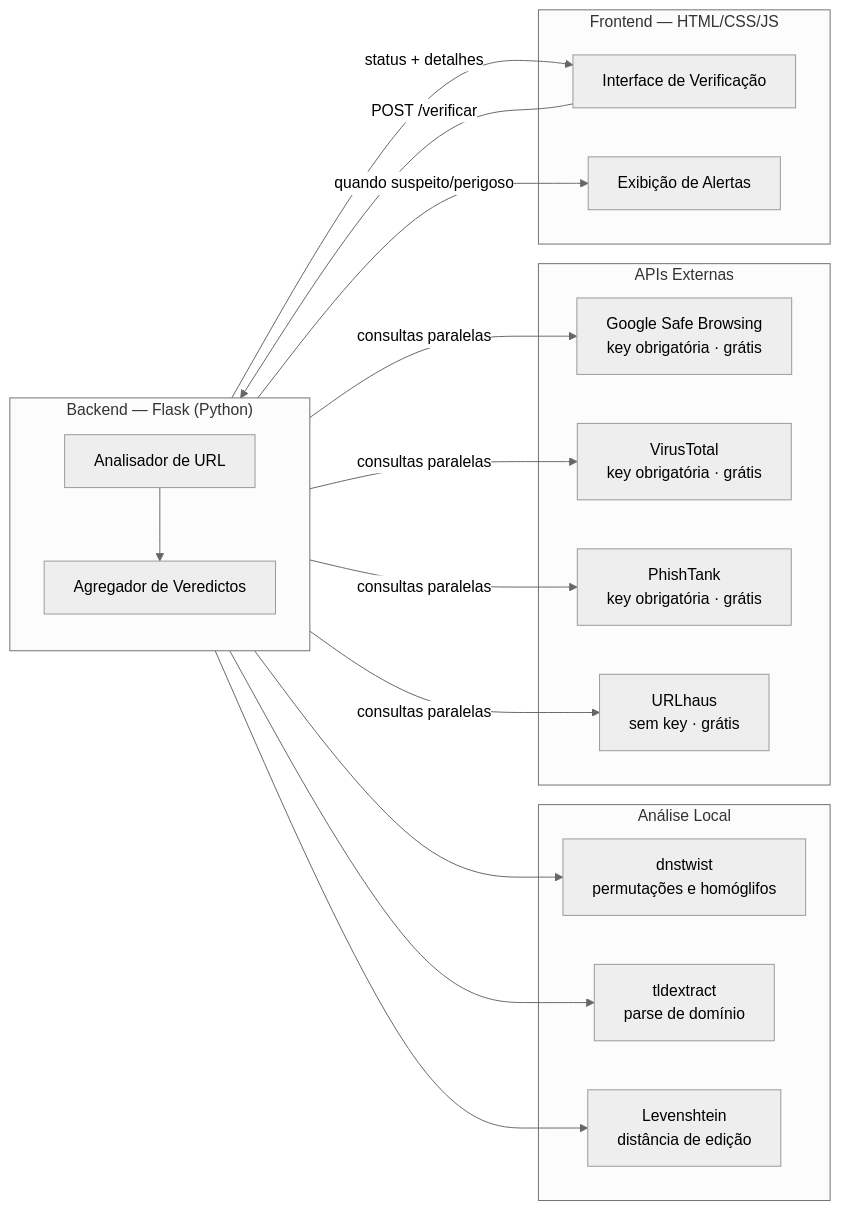
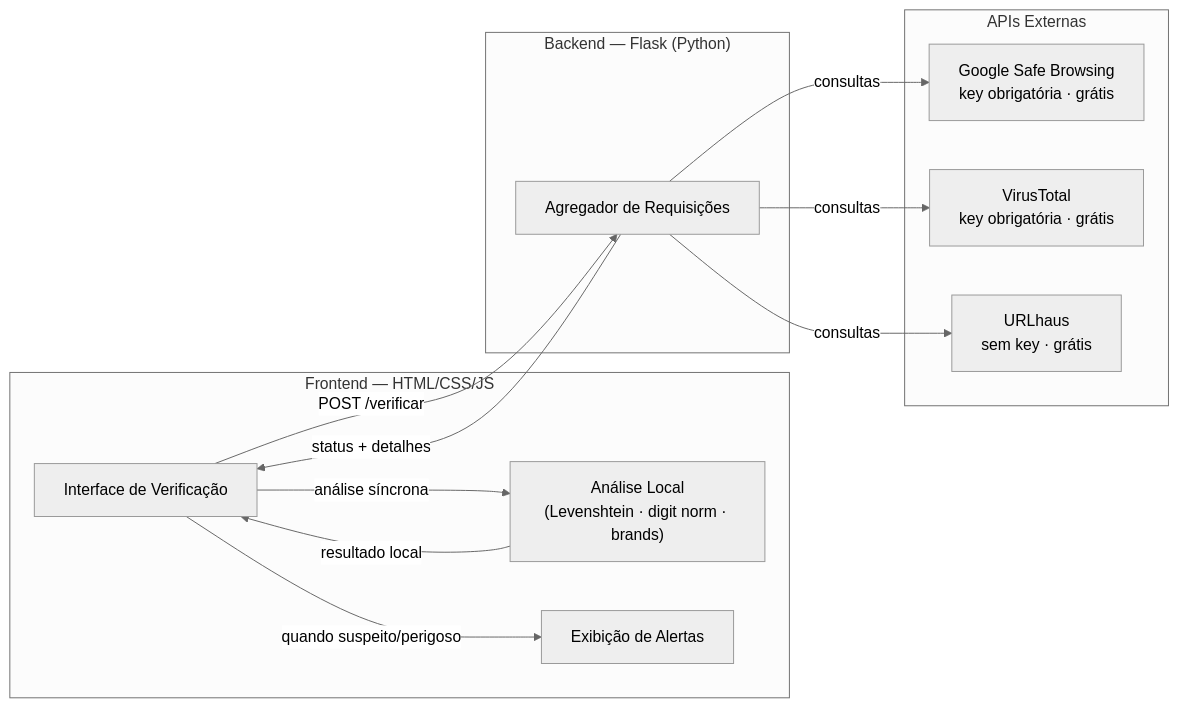
The second of 2 diagrams in docs/readme.md (LeoGotardo/phising), drawn with Mermaid (neutral theme) before and after one commit. The commit also changed other lines of this file and 4 other files, not shown here.

````diff
--- a/docs/readme.md
+++ b/docs/readme.md
@@ -33,38 +32,27 @@
 ```mermaid
 flowchart LR
-    subgraph Backend["Backend — Flask (Python)"]
-        direction TB
-        AN["Analisador de URL"]
-        AG["Agregador de Veredictos"]
+    subgraph Frontend["Frontend — HTML/CSS/JS"]
+        UI["Interface de Verificação"]
+        LA["Análise Local\n(Levenshtein · digit norm · brands)"]
+        AL["Exibição de Alertas"]
     end
 
-    subgraph Analise_Local["Análise Local"]
-        DNS["dnstwist\npermutações e homóglifos"]
-        TLD["tldextract\nparse de domínio"]
-        LEV["Levenshtein\ndistância de edição"]
+    subgraph Backend["Backend — Flask (Python)"]
+        AG["Agregador de Requisições"]
     end
 
     subgraph APIs["APIs Externas"]
         GSB["Google Safe Browsing\nkey obrigatória · grátis"]
         VT["VirusTotal\nkey obrigatória · grátis"]
-        PT["PhishTank\nkey obrigatória · grátis"]
         UH["URLhaus\nsem key · grátis"]
     end
 
-    subgraph Frontend["Frontend — HTML/CSS/JS"]
-        UI["Interface de Verificação"]
-        AL["Exibição de Alertas"]
-    end
-
-    UI -->|"POST /verificar"| AN
-    AN --> DNS
-    AN --> TLD
-    AN --> LEV
-    AN -->|"consultas paralelas"| GSB
-    AN -->|"consultas paralelas"| VT
-    AN -->|"consultas paralelas"| PT
-    AN -->|"consultas paralelas"| UH
-    AN --> AG
+    UI -->|"análise síncrona"| LA
+    UI -->|"POST /verificar"| AG
+    AG -->|"consultas"| GSB
+    AG -->|"consultas"| VT
+    AG -->|"consultas"| UH
     AG -->|"status + detalhes"| UI
-    AG -->|"quando suspeito/perigoso"| AL
+    LA -->|"resultado local"| UI
+    UI -->|"quando suspeito/perigoso"| AL
 ```
````
